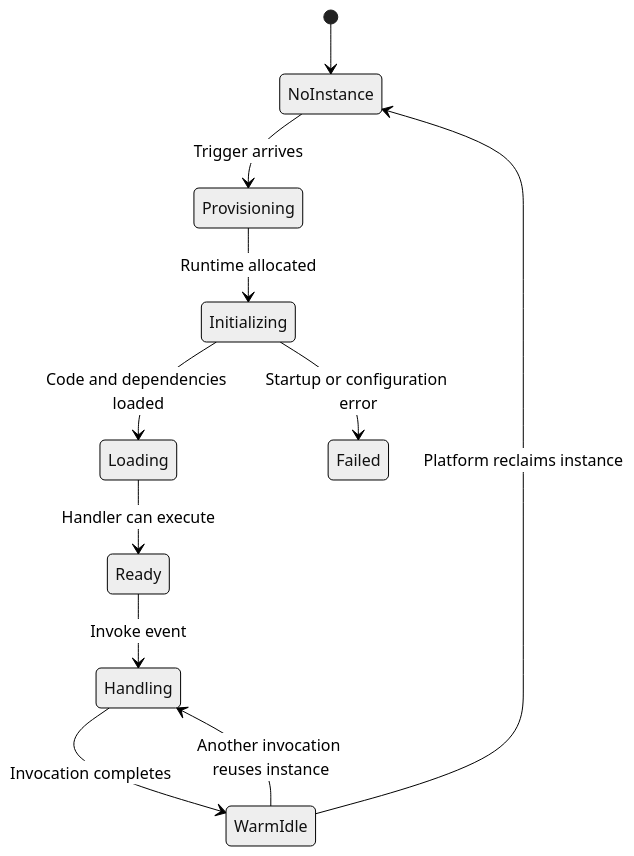
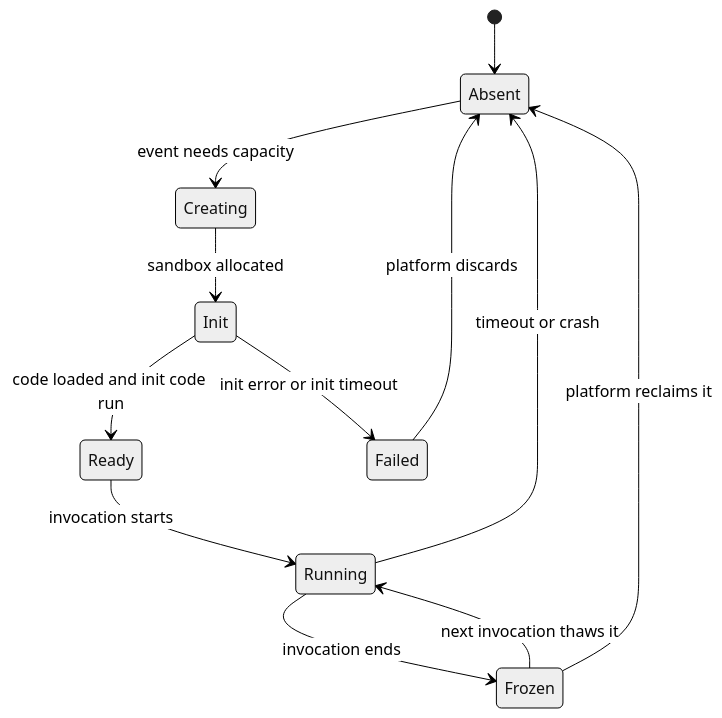
Before and after one commit to joydasss/Architect: the fourth of 11 diagrams in 20_Architecture_Patterns/CH08_Serverless.md, drawn with Mermaid (neutral theme). The commit also changed other lines of this file and 295 other files, not shown here.

````diff
--- a/20_Architecture_Patterns/CH08_Serverless.md
+++ b/20_Architecture_Patterns/CH08_Serverless.md
@@ -28,13 +244,14 @@
 ```mermaid
 stateDiagram-v2
-    [*] --> NoInstance
-    NoInstance --> Provisioning: Trigger arrives
-    Provisioning --> Initializing: Runtime allocated
-    Initializing --> Loading: Code and dependencies loaded
-    Loading --> Ready: Handler can execute
-    Ready --> Handling: Invoke event
-    Handling --> WarmIdle: Invocation completes
-    WarmIdle --> Handling: Another invocation reuses instance
-    WarmIdle --> NoInstance: Platform reclaims instance
-    Initializing --> Failed: Startup or configuration error
+    [*] --> Absent
+    Absent --> Creating: event needs capacity
+    Creating --> Init: sandbox allocated
+    Init --> Ready: code loaded and init code run
+    Init --> Failed: init error or init timeout
+    Ready --> Running: invocation starts
+    Running --> Frozen: invocation ends
+    Frozen --> Running: next invocation thaws it
+    Frozen --> Absent: platform reclaims it
+    Running --> Absent: timeout or crash
+    Failed --> Absent: platform discards
 ```
````
